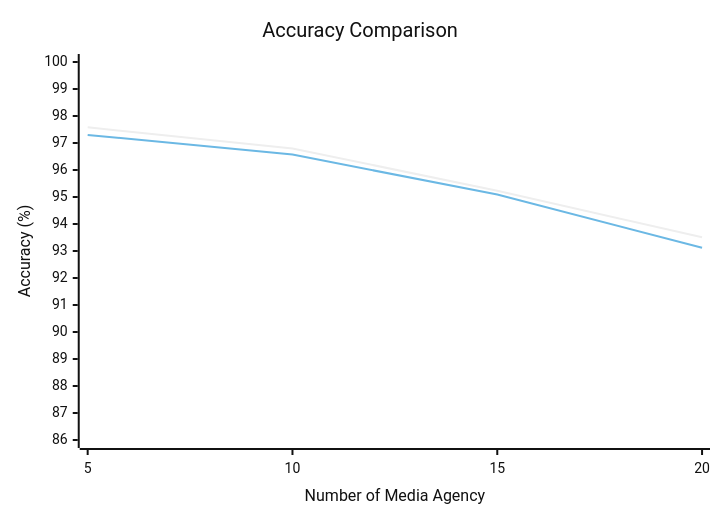
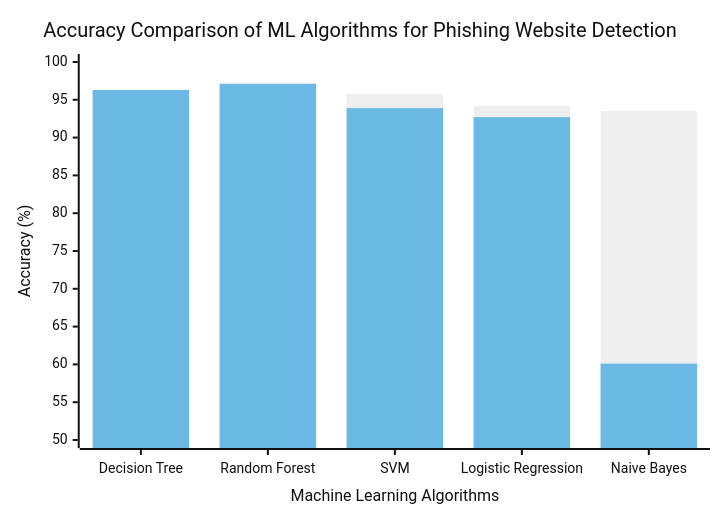
The diagram in README.md (vzarn/Phishing-Detection-Accuracy-Comparison), drawn with Mermaid (neutral theme) before and after one commit. The commit also changed other lines of this file, not shown here.

````diff
--- a/README.md
+++ b/README.md
@@ -4,8 +11,8 @@
 ```mermaid
 xychart-beta
-    title "Accuracy Comparison"
-    x-axis "Number of Media Agency" [5, 10, 15, 20]
-    y-axis "Accuracy (%)" 86 --> 100
-    line "Centralized FL" [97.58, 96.8, 95.23, 93.51]
-    line "Decentralized FL" [97.3, 96.57, 95.09, 93.12]
+    title "Accuracy Comparison of ML Algorithms for Phishing Website Detection"
+    x-axis "Machine Learning Algorithms" ["Decision Tree", "Random Forest", "SVM", "Logistic Regression", "Naive Bayes"]
+    y-axis "Accuracy (%)" 50 --> 100
+    bar "Study 1" [96.0, 97.3, 95.8, 94.2, 93.5]
+    bar "Study 2" [96.3, 97.1, 93.9, 92.7, 60.1]
 ```
````
